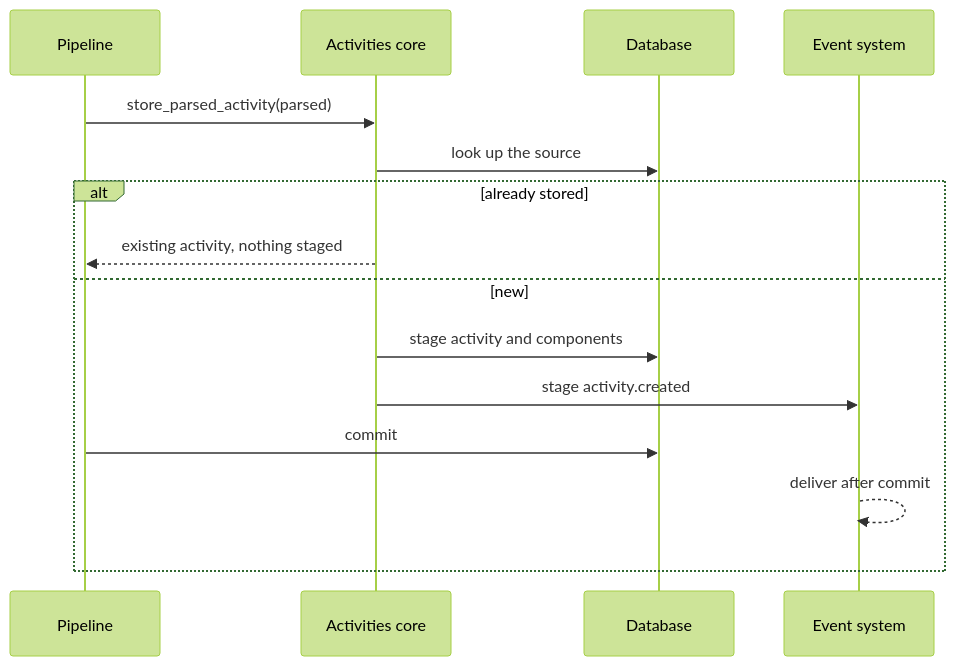
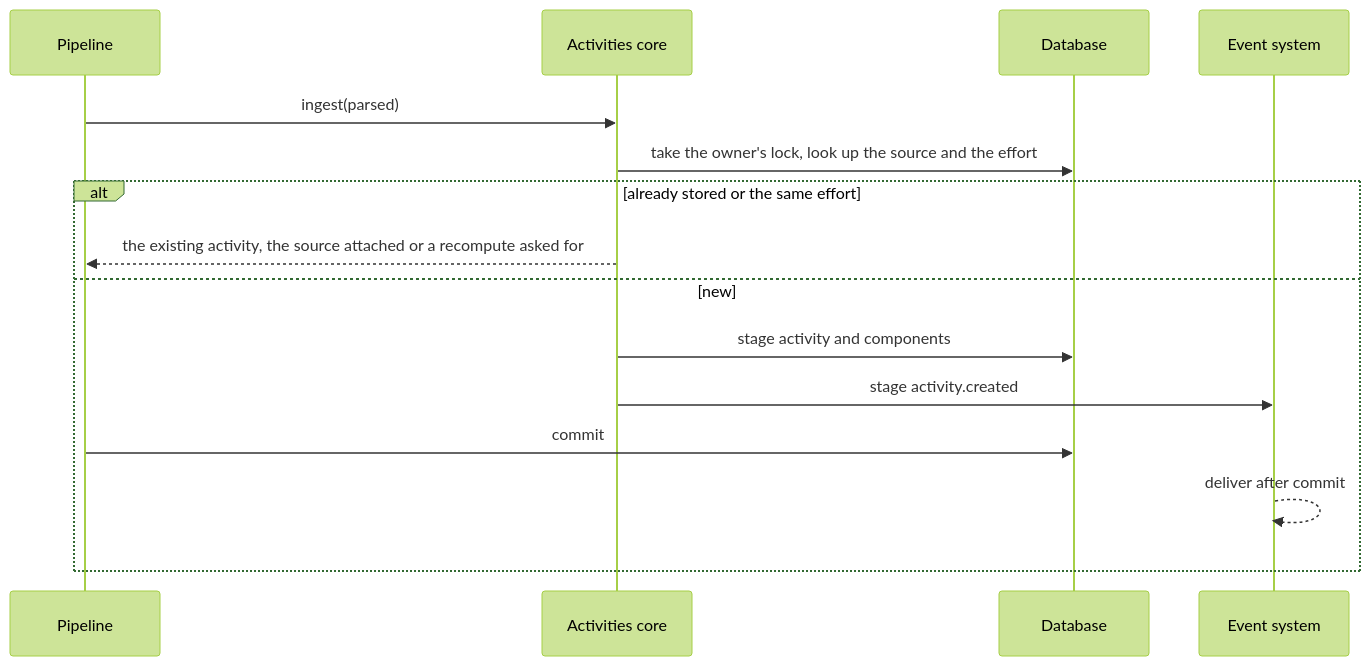
Before and after one commit to endurain-project/endurain: the second of 2 diagrams in docs/developer-guide/activity-ingestion.md, drawn with Mermaid (forest theme). The commit also changed other lines of this file and 43 other files, not shown here.

First line of the commit message:
feat(activities): merge recordings of the same effort into one activity

````diff
--- a/docs/developer-guide/activity-ingestion.md
+++ b/docs/developer-guide/activity-ingestion.md
@@ -60,17 +78,17 @@
 ```mermaid
 sequenceDiagram
     participant Pipe as Pipeline
     participant Core as Activities core
     participant DB as Database
     participant Bus as Event system
-    Pipe->>Core: store_parsed_activity(parsed)
-    Core->>DB: look up the source
-    alt already stored
-        Core-->>Pipe: existing activity, nothing staged
+    Pipe->>Core: ingest(parsed)
+    Core->>DB: take the owner's lock, look up the source and the effort
+    alt already stored or the same effort
+        Core-->>Pipe: the existing activity, the source attached or a recompute asked for
     else new
         Core->>DB: stage activity and components
         Core->>Bus: stage activity.created
         Pipe->>DB: commit
         Bus-->>Bus: deliver after commit
     end
 ```
````
